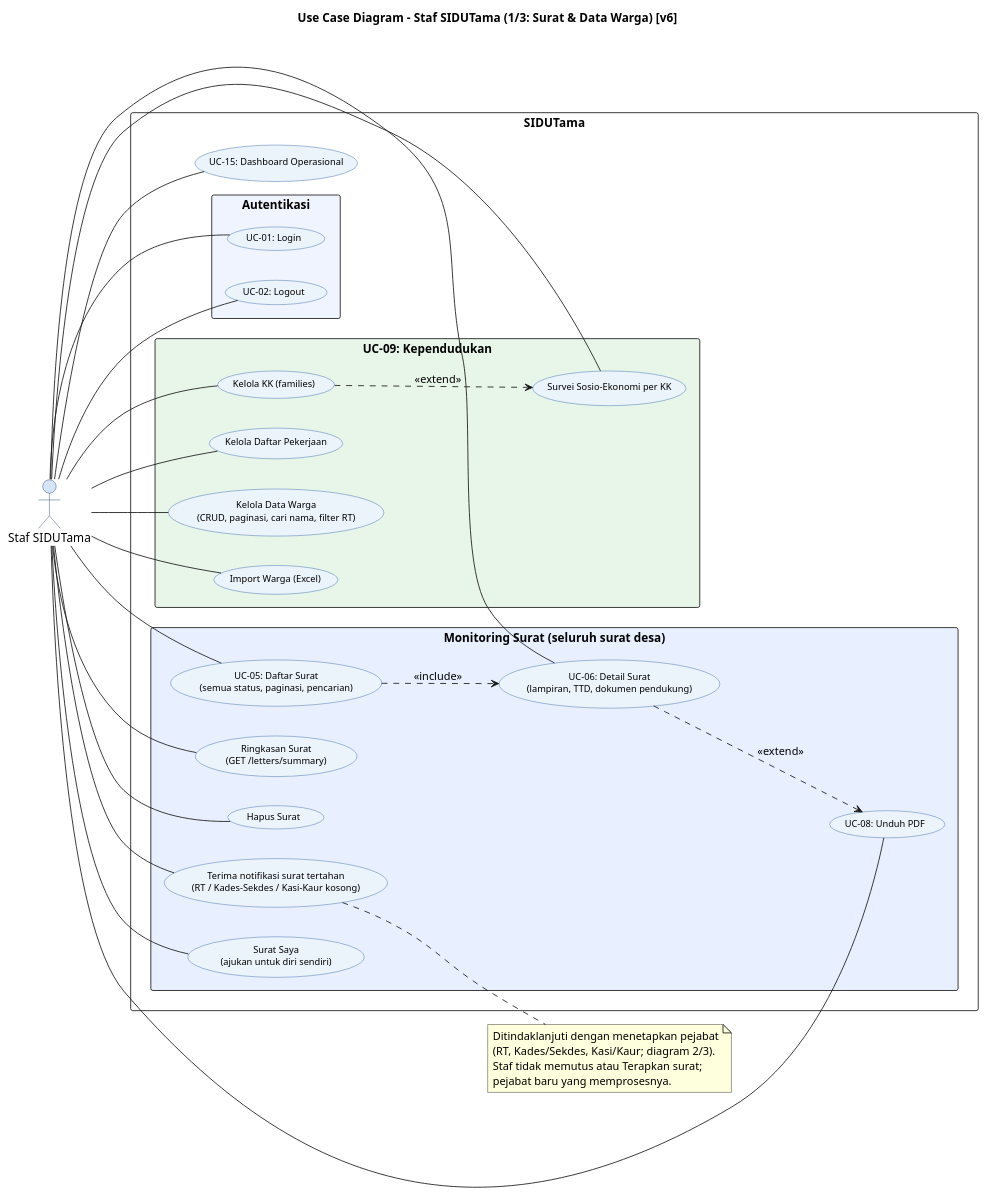
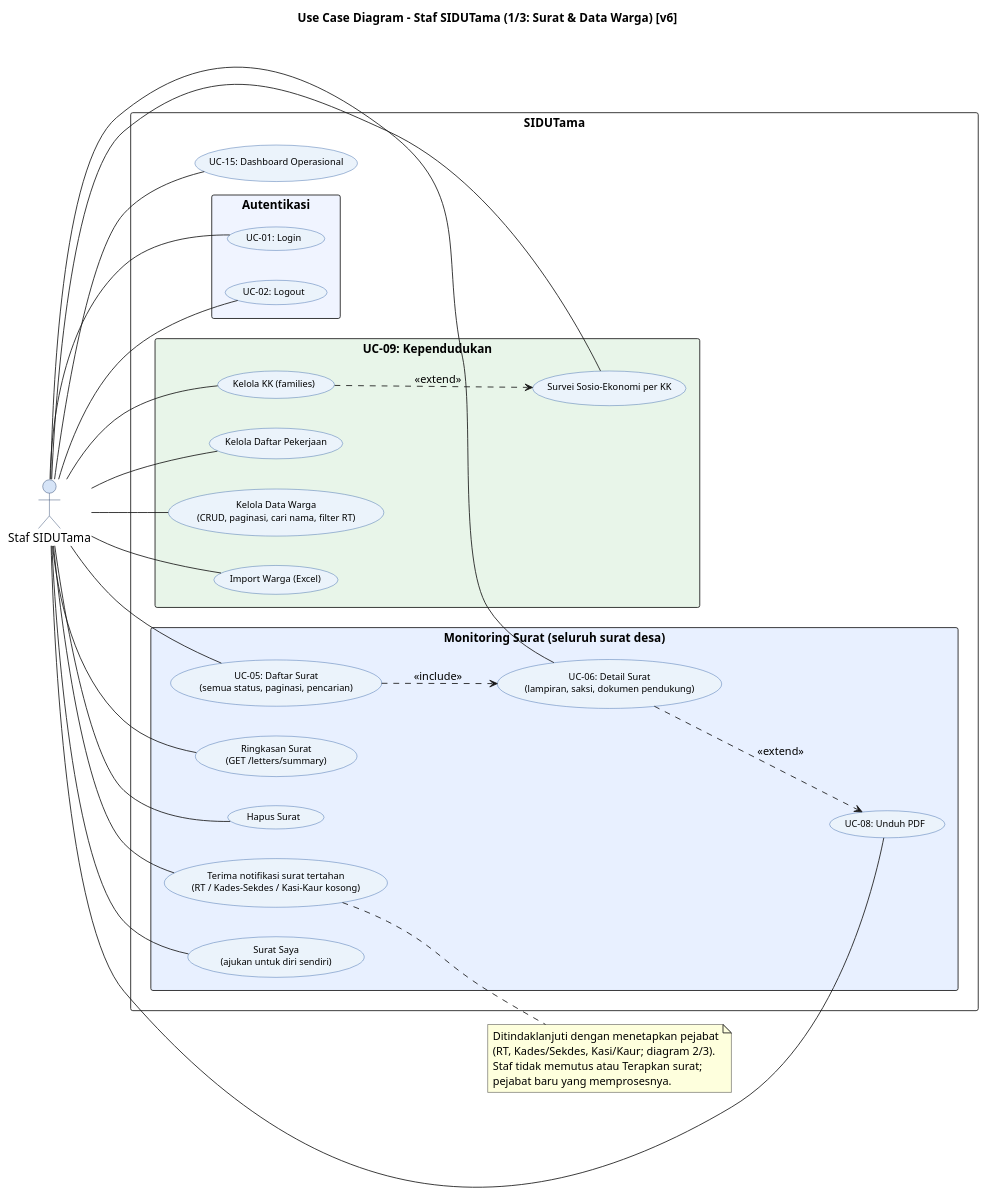
One commit to Vextronode/sid-app changed the diagram in docs/diagram/code/usecase/02_UC_PetugasDesa_SuratWarga_v6.puml. Above: the diagram before and after it, drawn with PlantUML. The commit also changed 172 other files, not shown here.

First line of the commit message:
refactor(surat): hapus TTD digital, surat terbit tanpa TTD/stempel

```diff
--- a/docs/diagram/code/usecase/02_UC_PetugasDesa_SuratWarga_v6.puml
+++ b/docs/diagram/code/usecase/02_UC_PetugasDesa_SuratWarga_v6.puml
@@ -8,68 +8,68 @@
 @startuml UC_PetugasDesa_Surat_v6
 left to right direction
 skinparam packageStyle rectangle
 skinparam backgroundColor #FFFFFF
 skinparam usecase {
   BackgroundColor #EBF3FB
   BorderColor #2E5FA3
   FontName Arial
   FontSize 11
 }
 skinparam actor {
   BackgroundColor #D6E4F7
   BorderColor #1F3864
 }
 title Use Case Diagram - Staf SIDUTama (1/3: Surat & Data Warga) [v6]
 
 actor "Staf SIDUTama" as PD
 
 rectangle "SIDUTama" {
   rectangle "Autentikasi" #F0F4FF {
     usecase "UC-01: Login" as UC_LOGIN
     usecase "UC-02: Logout" as UC_LOGOUT
   }
   rectangle "Monitoring Surat (seluruh surat desa)" #E8F0FF {
     usecase "UC-05: Daftar Surat\n(semua status, paginasi, pencarian)" as UC_LIST
     usecase "Ringkasan Surat\n(GET /letters/summary)" as UC_SUM
-    usecase "UC-06: Detail Surat\n(lampiran, TTD, dokumen pendukung)" as UC_DETAIL
+    usecase "UC-06: Detail Surat\n(lampiran, saksi, dokumen pendukung)" as UC_DETAIL
     usecase "UC-08: Unduh PDF" as UC_DL
     usecase "Hapus Surat" as UC_DEL
     usecase "Terima notifikasi surat tertahan\n(RT / Kades-Sekdes / Kasi-Kaur kosong)" as UC_VACANT
     usecase "Surat Saya\n(ajukan untuk diri sendiri)" as UC_SELF
   }
   rectangle "UC-09: Kependudukan" #E8F5E9 {
     usecase "Kelola Data Warga\n(CRUD, paginasi, cari nama, filter RT)" as UC_CIT
     usecase "Import Warga (Excel)" as UC_IMPORT
     usecase "Kelola KK (families)" as UC_FAM
     usecase "Survei Sosio-Ekonomi per KK" as UC_FSE
     usecase "Kelola Daftar Pekerjaan" as UC_OCC
   }
   usecase "UC-15: Dashboard Operasional" as UC_DASH
 }
 
 PD -- UC_LOGIN
 PD -- UC_LOGOUT
 PD -- UC_LIST
 PD -- UC_SUM
 PD -- UC_DETAIL
 PD -- UC_DL
 PD -- UC_DEL
 PD -- UC_SELF
 PD -- UC_VACANT
 PD -- UC_CIT
 PD -- UC_IMPORT
 PD -- UC_FAM
 PD -- UC_FSE
 PD -- UC_OCC
 PD -- UC_DASH
 UC_LIST ..> UC_DETAIL : <<include>>
 UC_DETAIL ..> UC_DL : <<extend>>
 UC_FAM ..> UC_FSE : <<extend>>
 
 note right of UC_VACANT
   Ditindaklanjuti dengan menetapkan pejabat
   (RT, Kades/Sekdes, Kasi/Kaur; diagram 2/3).
   Staf tidak memutus atau Terapkan surat;
   pejabat baru yang memprosesnya.
 end note
 @enduml
```
